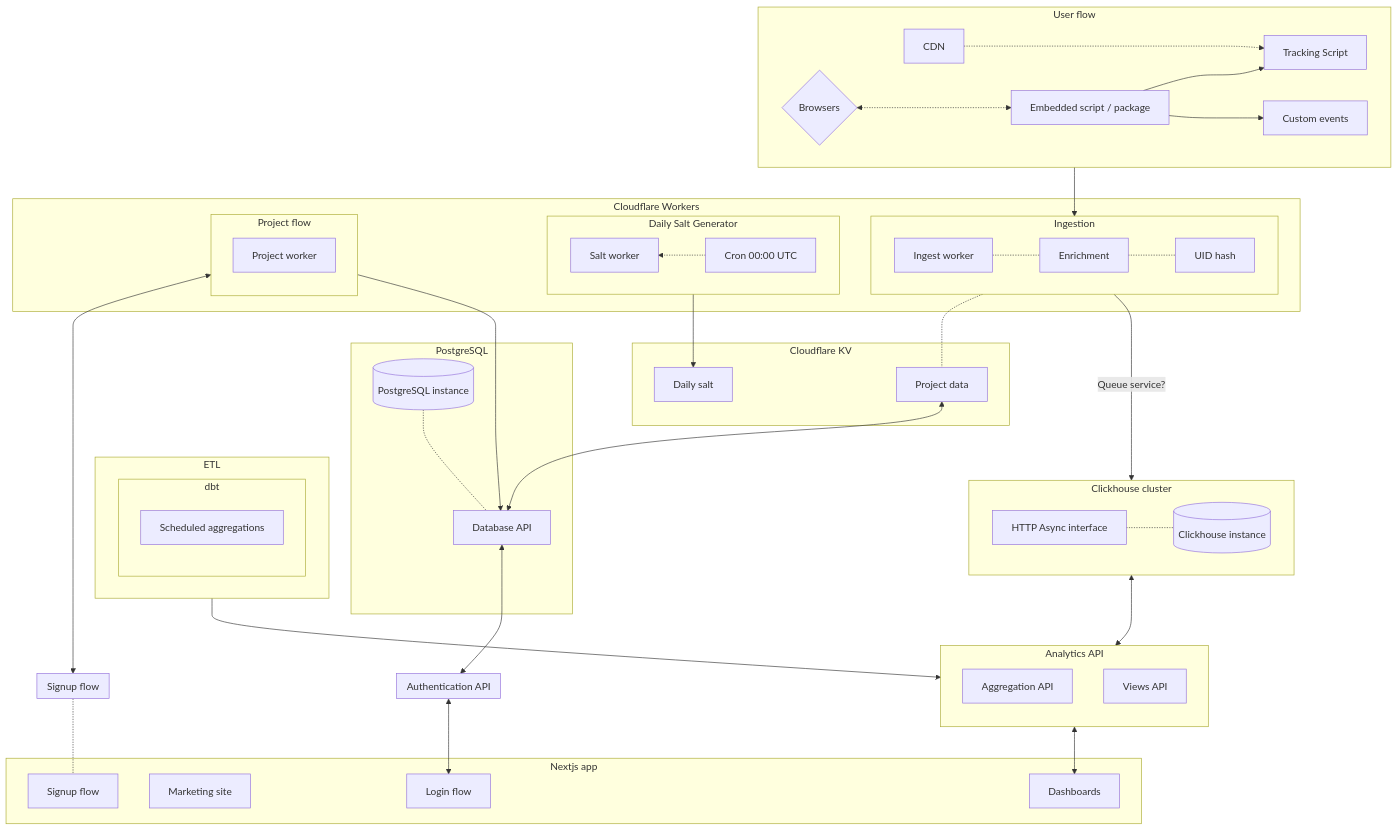
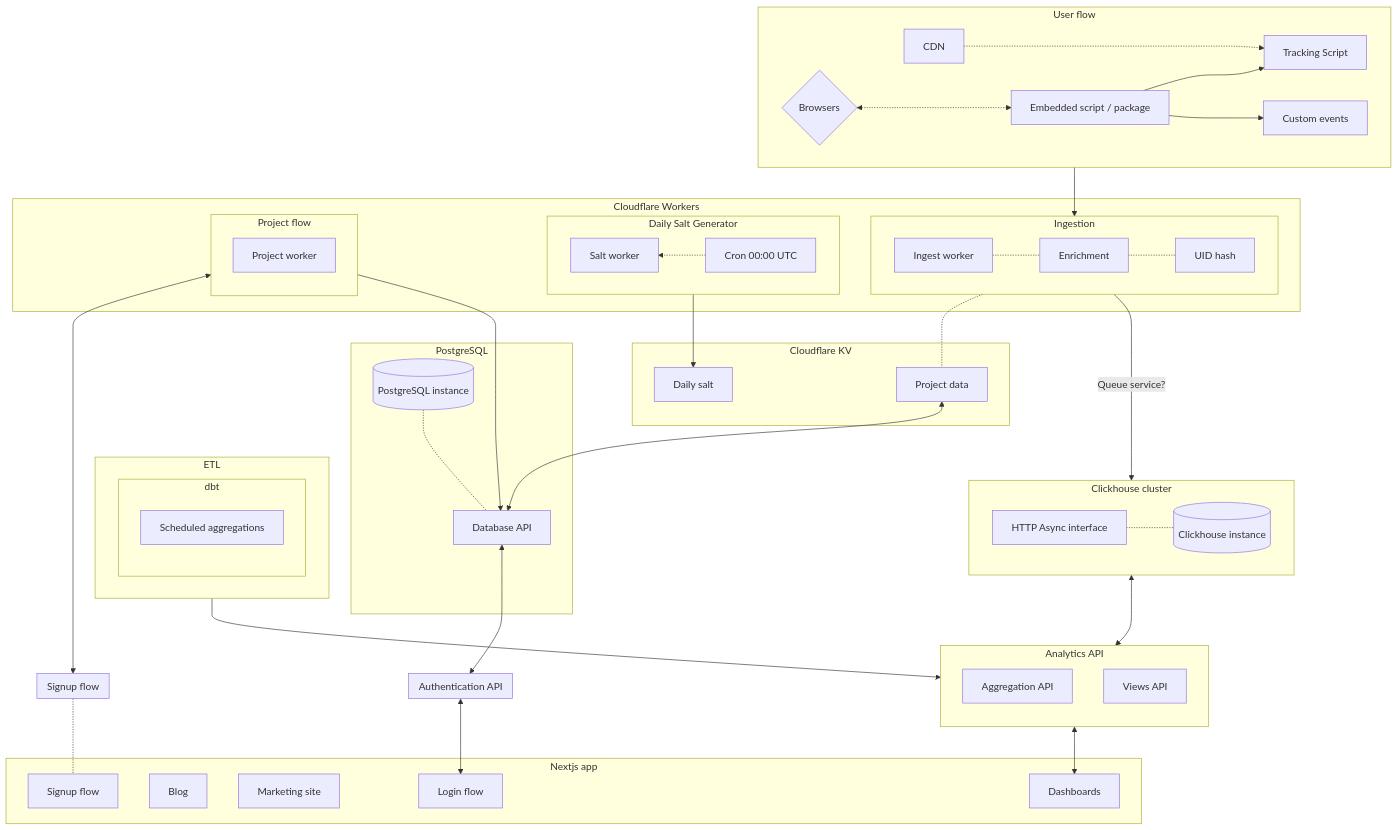
One commit to JGynther/analytics changed the first of 3 diagrams in docs/architecture.md. Above: the diagram before and after it, drawn with Mermaid. The commit also changed other lines of this file, not shown here.

Commit message:
feat: add overview about architecture

```diff
--- a/docs/architecture.md
+++ b/docs/architecture.md
@@ -73,6 +77,7 @@
 
     subgraph next[Nextjs app]
         dashboard[Dashboards]
+        blog[Blog]
         marketing[Marketing site]
         login[Login flow]
         signup[Signup flow]
```
